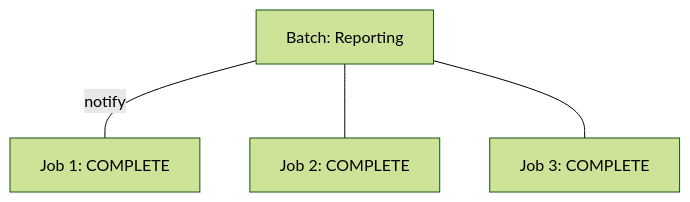
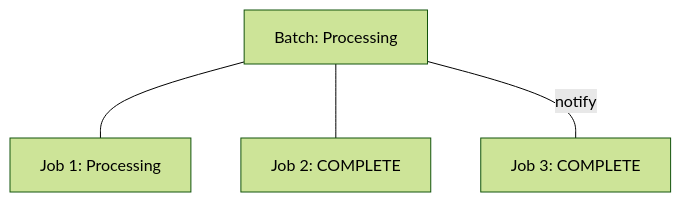
Before and after one commit to CDLUC3/mrt-zk: the sixth of 48 diagrams in design/use-cases.md, drawn with Mermaid (forest theme). The commit also changed other lines of this file, not shown here.

Commit message:
Update use cases with new mermaid diagrams

````diff
--- a/design/use-cases.md
+++ b/design/use-cases.md
@@ -76,10 +69,11 @@
 ```mermaid
 graph TD
-  Batch[Batch: Reporting]
-  Job1[Job 1: COMPLETE]
+  accTitle: 'Batch (Processing) has 3 Jobs (Processing, Complete, Complete)'
+  Batch[Batch: Processing]
+  Job1[Job 1: Processing]
   Job2[Job 2: COMPLETE]
   Job3[Job 3: COMPLETE]
-  Batch --- |notify| Job1
+  Batch --- Job1
   Batch --- Job2
-  Batch --- Job3
+  Batch --- |notify| Job3
 ```
````
